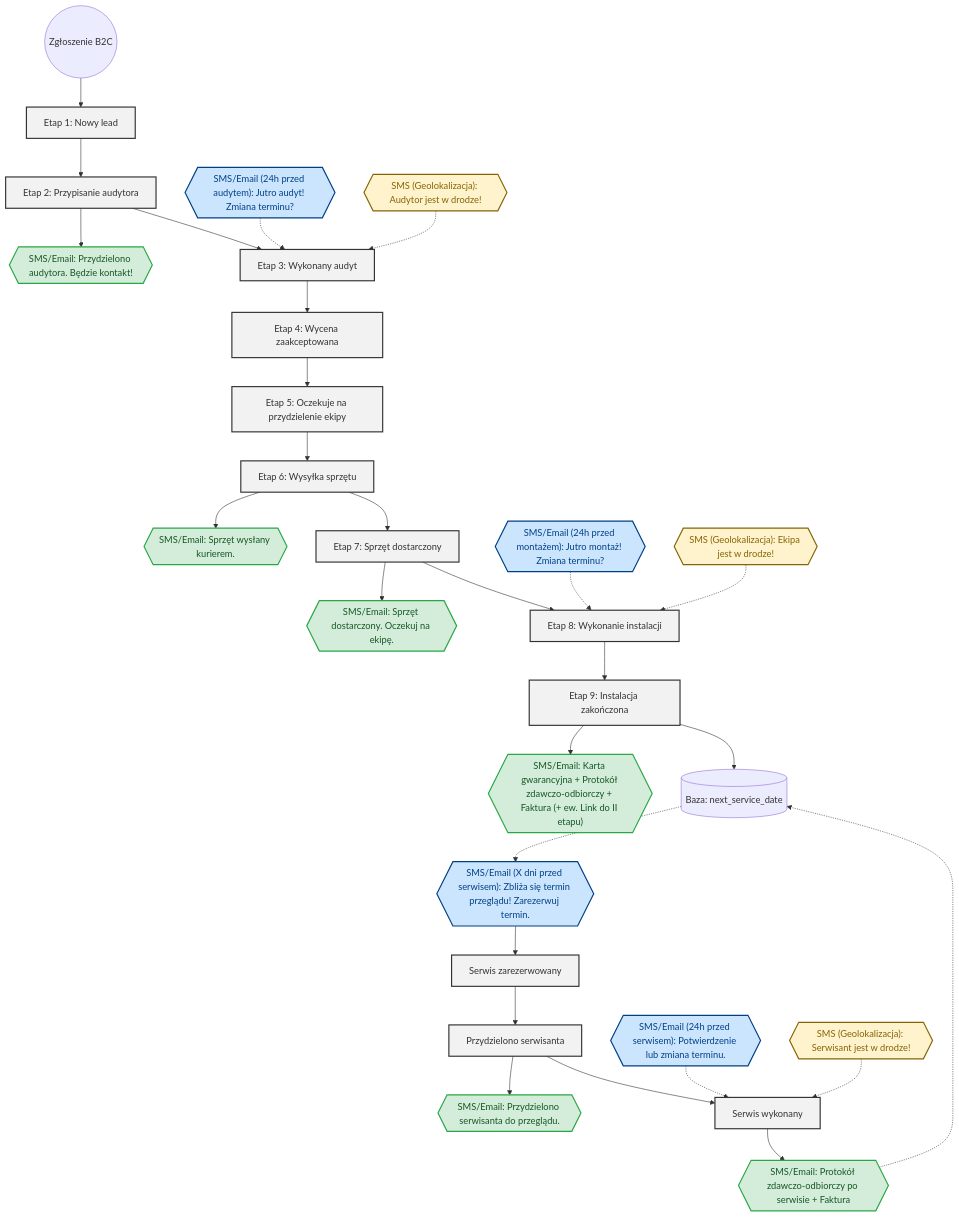
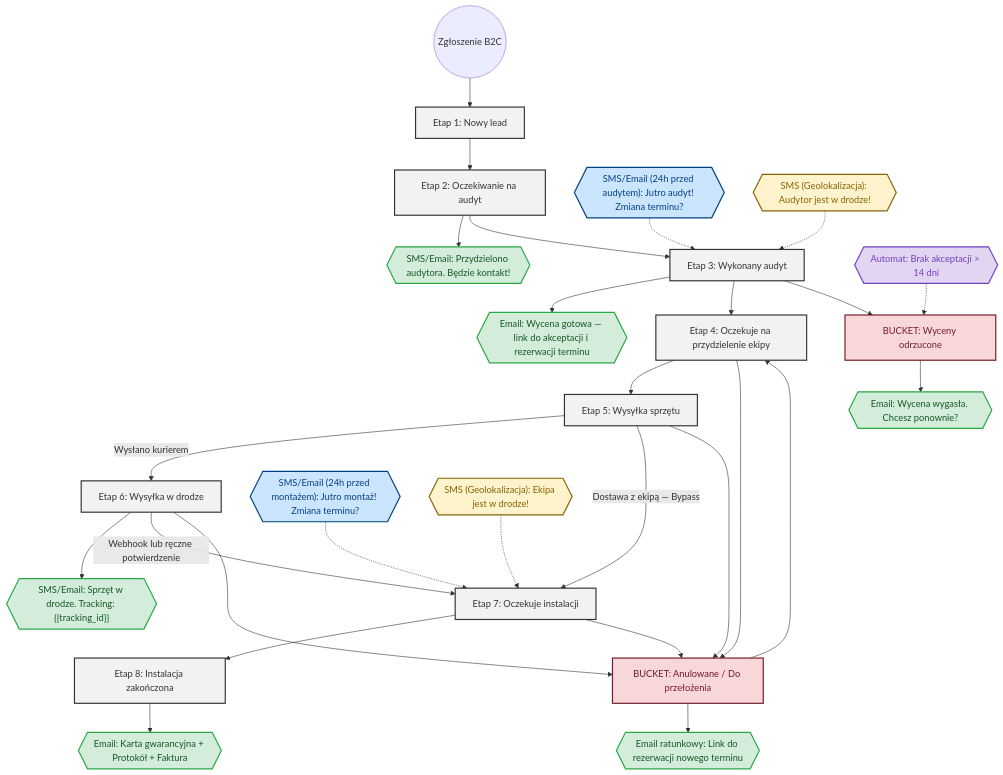
One commit to aiprojectmanagersznurowski-afk/klikklima-system changed the second of 3 diagrams in turborepo/docs/architecture/b2b_funnel_process.md. Above: the diagram before and after it, drawn with Mermaid. The commit also changed other lines of this file and 27 other files, not shown here.

````diff
--- a/turborepo/docs/architecture/b2b_funnel_process.md
+++ b/turborepo/docs/architecture/b2b_funnel_process.md
@@ -10,61 +106,55 @@
 ```mermaid
 flowchart TD
     %% Definicja stylów
     classDef status fill:#f2f2f2,stroke:#333,stroke-width:2px;
     classDef notif fill:#d4edda,stroke:#28a745,stroke-width:2px,color:#155724;
     classDef timeNotif fill:#cce5ff,stroke:#004085,stroke-width:2px,color:#004085;
     classDef geoNotif fill:#fff3cd,stroke:#856404,stroke-width:2px,color:#856404;
+    classDef bucket fill:#f8d7da,stroke:#721c24,stroke-width:2px,color:#721c24;
+    classDef autoNotif fill:#e2d5f1,stroke:#6f42c1,stroke-width:2px,color:#6f42c1;
 
     %% Rozpoczęcie
     Start((Zgłoszenie B2C)) --> E1
-    
+
     %% Etapy główne
     E1[Etap 1: Nowy lead]:::status --> E2
-    
-    E2[Etap 2: Przypisanie audytora]:::status
+
+    E2[Etap 2: Oczekiwanie na audyt]:::status
     E2 --> N1{{"SMS/Email: Przydzielono audytora. Będzie kontakt!"}}:::notif
-    
+
     %% Czasowe przed audytem
     N2{{"SMS/Email (24h przed audytem): Jutro audyt! Zmiana terminu?"}}:::timeNotif -.-> E3
     N3{{"SMS (Geolokalizacja): Audytor jest w drodze!"}}:::geoNotif -.-> E3
 
-    E3[Etap 3: Wykonany audyt]:::status --> E4
-    E4[Etap 4: Wycena zaakceptowana]:::status --> E5
-    E5[Etap 5: Oczekuje na przydzielenie ekipy]:::status --> E6
+    E2 --> E3[Etap 3: Wykonany audyt]:::status
+    E3 --> N4{{"Email: Wycena gotowa — link do akceptacji i rezerwacji terminu"}}:::notif
     
-    E6[Etap 6: Wysyłka sprzętu]:::status
-    E6 --> N4{{"SMS/Email: Sprzęt wysłany kurierem."}}:::notif
-    E6 --> E7
-    
-    E7[Etap 7: Sprzęt dostarczony]:::status
-    E7 --> N5{{"SMS/Email: Sprzęt dostarczony. Oczekuj na ekipę."}}:::notif
-    
+    %% Decyzja klienta
+    E3 --> E4[Etap 4: Oczekuje na przydzielenie ekipy]:::status
+    E3 --> BK1[BUCKET: Wyceny odrzucone]:::bucket
+    AUTO_14{{"Automat: Brak akceptacji > 14 dni"}}:::autoNotif -.-> BK1
+    BK1 --> N_REJECT{{"Email: Wycena wygasła. Chcesz ponownie?"}}:::notif
+
+    E4 --> E5[Etap 5: Wysyłka sprzętu]:::status
+
+    %% Logistyka — ścieżki
+    E5 -->|Wysłano kurierem| E6[Etap 6: Wysyłka w drodze]:::status
+    E5 -->|Dostawa z ekipą — Bypass| E7
+    E6 --> N5{{"SMS/Email: Sprzęt w drodze. Tracking: {{tracking_id}}"}}:::notif
+    E6 -->|Webhook lub ręczne potwierdzenie| E7[Etap 7: Oczekuje instalacji]:::status
+
     %% Czasowe przed montażem
-    N6{{"SMS/Email (24h przed montażem): Jutro montaż! Zmiana terminu?"}}:::timeNotif -.-> E8
-    N9{{"SMS (Geolokalizacja): Ekipa jest w drodze!"}}:::geoNotif -.-> E8
-    
-    E8[Etap 8: Wykonanie instalacji]:::status --> E9
-    
-    E9[Etap 9: Instalacja zakończona]:::status
-    E9 --> N7{{"SMS/Email: Karta gwarancyjna + Protokół zdawczo-odbiorczy + Faktura (+ ew. Link do II etapu)"}}:::notif
-    
-    %% Serwisy (Cykl Posprzedażowy)
-    S1[(Baza: next_service_date)] -.-> N8
-    N8{{"SMS/Email (X dni przed serwisem): Zbliża się termin przeglądu! Zarezerwuj termin."}}:::timeNotif
-    N8 --> S_BOOKED[Serwis zarezerwowany]:::status
-    
-    S_BOOKED --> S_ASSIGNED[Przydzielono serwisanta]:::status
-    S_ASSIGNED --> N11{{"SMS/Email: Przydzielono serwisanta do przeglądu."}}:::notif
-    
-    %% Czasowe przed serwisem
-    N12{{"SMS/Email (24h przed serwisem): Potwierdzenie lub zmiana terminu."}}:::timeNotif -.-> S_DONE
-    N13{{"SMS (Geolokalizacja): Serwisant jest w drodze!"}}:::geoNotif -.-> S_DONE
-    
-    S_ASSIGNED --> S_DONE[Serwis wykonany]:::status
-    S_DONE --> N10{{"SMS/Email: Protokół zdawczo-odbiorczy po serwisie + Faktura"}}:::notif
-    N10 -.-> S1    
-    %% Przepływy
-    E2 --> E3
-    E7 --> E8
-    E9 --> S1
+    N6{{"SMS/Email (24h przed montażem): Jutro montaż! Zmiana terminu?"}}:::timeNotif -.-> E7
+    N9{{"SMS (Geolokalizacja): Ekipa jest w drodze!"}}:::geoNotif -.-> E7
+
+    E7 --> E8[Etap 8: Instalacja zakończona]:::status
+    E8 --> N7{{"Email: Karta gwarancyjna + Protokół + Faktura"}}:::notif
+
+    %% Rollback Engine
+    E4 --> BK2[BUCKET: Anulowane / Do przełożenia]:::bucket
+    E5 --> BK2
+    E6 --> BK2
+    E7 --> BK2
+    BK2 --> N_ROLLBACK{{"Email ratunkowy: Link do rezerwacji nowego terminu"}}:::notif
+    BK2 --> E4
 ```
````
